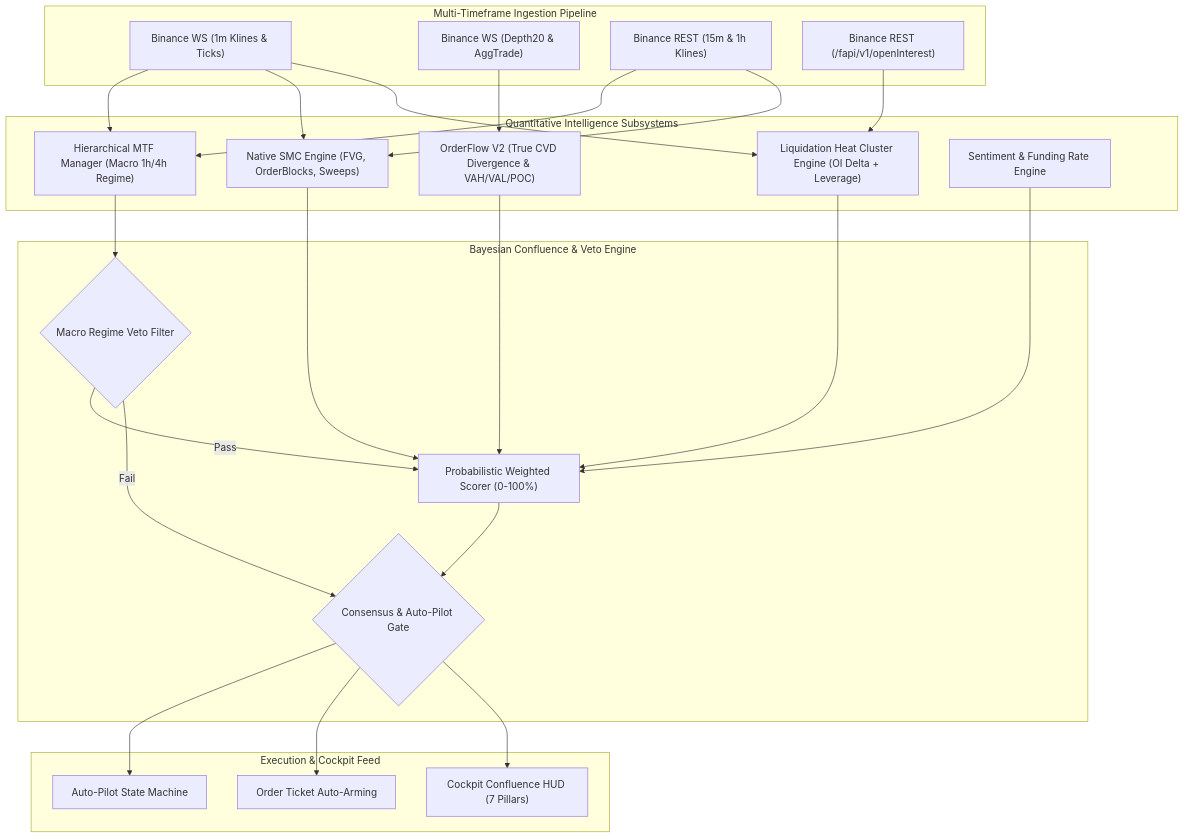
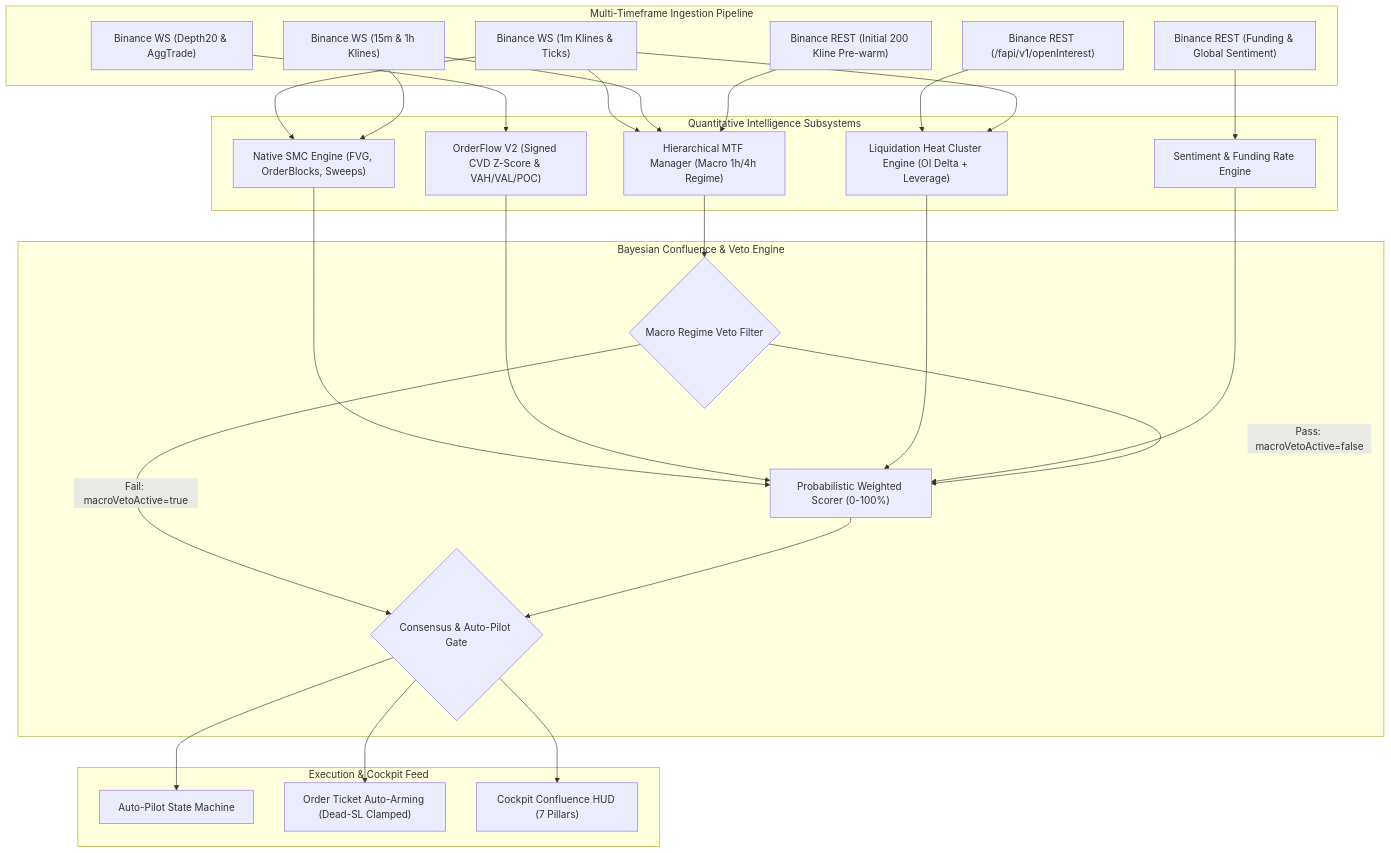
One commit to fxbluster/Trade changed the diagram in design_draft.md. Above: the diagram before and after it, drawn with Mermaid. The commit also changed other lines of this file and 2 other files, not shown here.

````diff
--- a/design_draft.md
+++ b/design_draft.md
@@ -61,51 +62,55 @@
 ```mermaid
 flowchart TD
     subgraph DataIngestion["Multi-Timeframe Ingestion Pipeline"]
         WS1["Binance WS (1m Klines & Ticks)"]
         WS2["Binance WS (Depth20 & AggTrade)"]
-        REST1["Binance REST (15m & 1h Klines)"]
+        WS3["Binance WS (15m & 1h Klines)"]
+        REST1["Binance REST (Initial 200 Kline Pre-warm)"]
         REST2["Binance REST (/fapi/v1/openInterest)"]
+        REST3["Binance REST (Funding & Global Sentiment)"]
     end
 
     subgraph QuantCore["Quantitative Intelligence Subsystems"]
         HTF["Hierarchical MTF Manager (Macro 1h/4h Regime)"]
         SMC["Native SMC Engine (FVG, OrderBlocks, Sweeps)"]
-        FLOW["OrderFlow V2 (True CVD Divergence & VAH/VAL/POC)"]
+        FLOW["OrderFlow V2 (Signed CVD Z-Score & VAH/VAL/POC)"]
         LIQ["Liquidation Heat Cluster Engine (OI Delta + Leverage)"]
         NLP["Sentiment & Funding Rate Engine"]
     end
 
     subgraph ConsensusLayer["Bayesian Confluence & Veto Engine"]
         VETO{"Macro Regime Veto Filter"}
         BAYES["Probabilistic Weighted Scorer (0-100%)"]
         GATE{"Consensus & Auto-Pilot Gate"}
     end
 
     subgraph ExecutionPlane["Execution & Cockpit Feed"]
         AP["Auto-Pilot State Machine"]
-        ORDER["Order Ticket Auto-Arming"]
+        ORDER["Order Ticket Auto-Arming (Dead-SL Clamped)"]
         HUD["Cockpit Confluence HUD (7 Pillars)"]
     end
 
     WS1 --> HTF
+    WS3 --> HTF
     REST1 --> HTF
     WS1 --> SMC
-    REST1 --> SMC
+    WS3 --> SMC
     WS2 --> FLOW
     REST2 --> LIQ
     WS1 --> LIQ
+    REST3 --> NLP
 
     HTF --> VETO
     SMC --> BAYES
     FLOW --> BAYES
     LIQ --> BAYES
     NLP --> BAYES
 
-    VETO -->|Pass| BAYES
-    VETO -->|Fail| GATE
+    VETO -->|Pass: macroVetoActive=false| BAYES
+    VETO -->|Fail: macroVetoActive=true| GATE
 
     BAYES --> GATE
     GATE --> AP
     GATE --> ORDER
     GATE --> HUD
 ```
````
